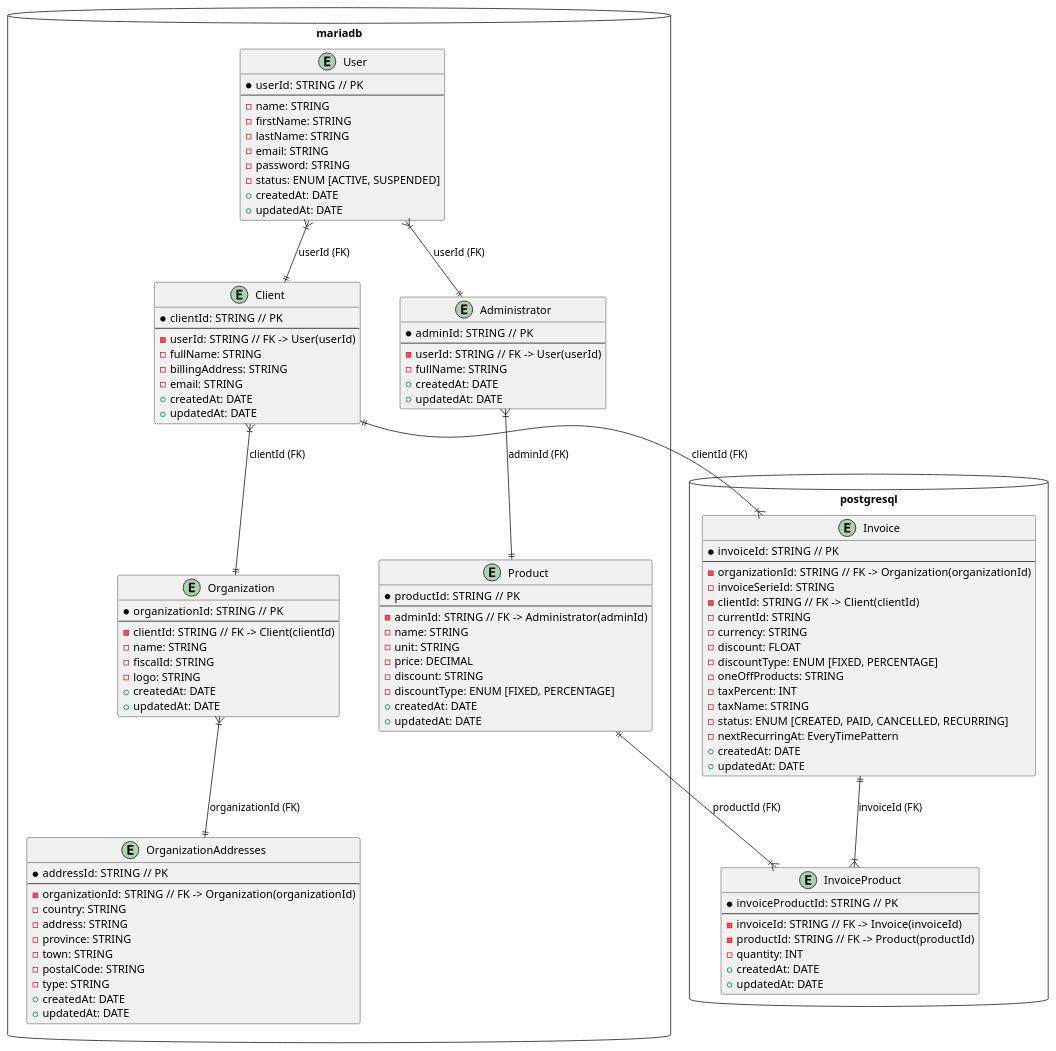
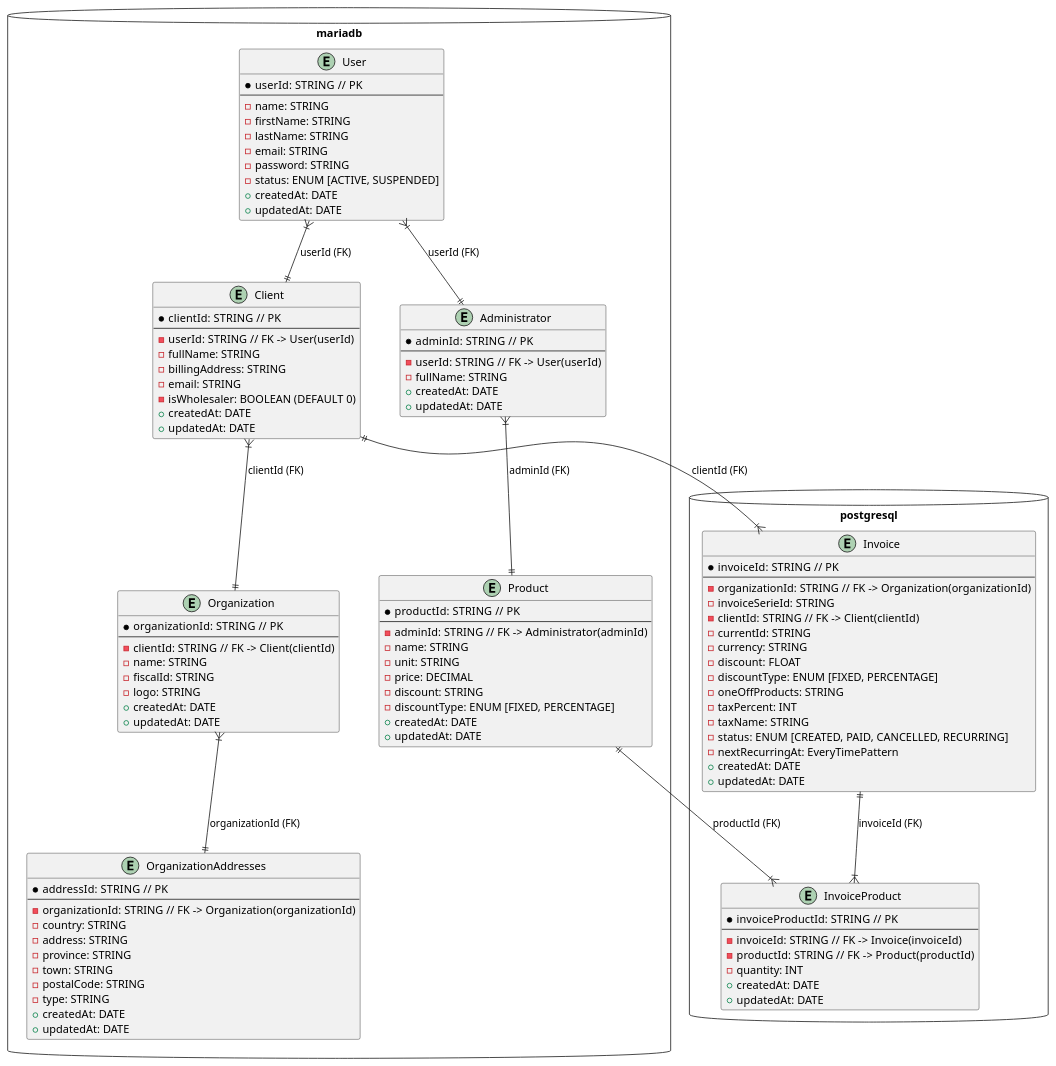
The diagram in docs/entity-diagram.puml (DanielGonzlez/TFG), drawn with PlantUML before and after one commit. The commit also changed 1 other file, not shown here.

```diff
--- a/docs/entity-diagram.puml
+++ b/docs/entity-diagram.puml
@@ -1,133 +1,134 @@
 @startuml
 
 ' Dirección vertical (de arriba a abajo)
 top to bottom direction
 
 skinparam entityPadding 20
 skinparam entityFontSize 14
 
 ' Paquete bussiness (Base de datos MariaDB)
 database mariadb {
     together {
         entity Administrator {
         * adminId: STRING  // PK
         --
         - userId: STRING  // FK -> User(userId)
         - fullName: STRING
         + createdAt: DATE
         + updatedAt: DATE
         }
 
         entity Product {
             * productId: STRING  // PK
             --
             - adminId: STRING  // FK -> Administrator(adminId)
             - name: STRING
             - unit: STRING
             - price: DECIMAL
             - discount: STRING
             - discountType: ENUM [FIXED, PERCENTAGE]
             + createdAt: DATE
             + updatedAt: DATE
         }
     }
 
     entity User {
         * userId: STRING  // PK
         --
         - name: STRING
         - firstName: STRING
         - lastName: STRING
         - email: STRING
         - password: STRING
         - status: ENUM [ACTIVE, SUSPENDED]
         + createdAt: DATE
         + updatedAt: DATE
     }
 
     together {
         entity OrganizationAddresses {
             * addressId: STRING  // PK
             --
             - organizationId: STRING  // FK -> Organization(organizationId)
             - country: STRING
             - address: STRING
             - province: STRING
             - town: STRING
             - postalCode: STRING
             - type: STRING
             + createdAt: DATE
             + updatedAt: DATE
         }
 
         entity Organization {
             * organizationId: STRING  // PK
             --
             - clientId: STRING  // FK -> Client(clientId)
             - name: STRING
             - fiscalId: STRING
             - logo: STRING
             + createdAt: DATE
             + updatedAt: DATE
         }
 
         entity Client {
             * clientId: STRING  // PK
             --
             - userId: STRING  // FK -> User(userId)
             - fullName: STRING
             - billingAddress: STRING
             - email: STRING
+            - isWholesaler: BOOLEAN (DEFAULT 0)
             + createdAt: DATE
             + updatedAt: DATE
         }
     }
 }
 
 ' Paquete invoices (Base de datos PostgreSQL)
 database postgresql {
 
     entity InvoiceProduct {
         * invoiceProductId: STRING  // PK
         --
         - invoiceId: STRING  // FK -> Invoice(invoiceId)
         - productId: STRING  // FK -> Product(productId)
         - quantity: INT
         + createdAt: DATE
         + updatedAt: DATE
     }
 
     entity Invoice {
         * invoiceId: STRING  // PK
         --
         - organizationId: STRING  // FK -> Organization(organizationId)
         - invoiceSerieId: STRING
         - clientId: STRING  // FK -> Client(clientId)
         - currentId: STRING
         - currency: STRING
         - discount: FLOAT
         - discountType: ENUM [FIXED, PERCENTAGE]
         - oneOffProducts: STRING
         - taxPercent: INT
         - taxName: STRING
         - status: ENUM [CREATED, PAID, CANCELLED, RECURRING]
         - nextRecurringAt: EveryTimePattern
         + createdAt: DATE
         + updatedAt: DATE
     }
 }
 
 ' Relaciones de base de datos entre tablas
 User }|--|| Client : "userId (FK)"
 User }|--|| Administrator : "userId (FK)"
 Administrator }|--|| Product : "adminId (FK)"
 
 Client }|--|| Organization : "clientId (FK)"
 Client ||--|{ Invoice : "clientId (FK)"
 
 Organization }|--|| OrganizationAddresses : "organizationId (FK)"
 
 Invoice ||--|{ InvoiceProduct : "invoiceId (FK)"
 InvoiceProduct }|--|| Product : "productId (FK)" 
 
 @enduml
```
